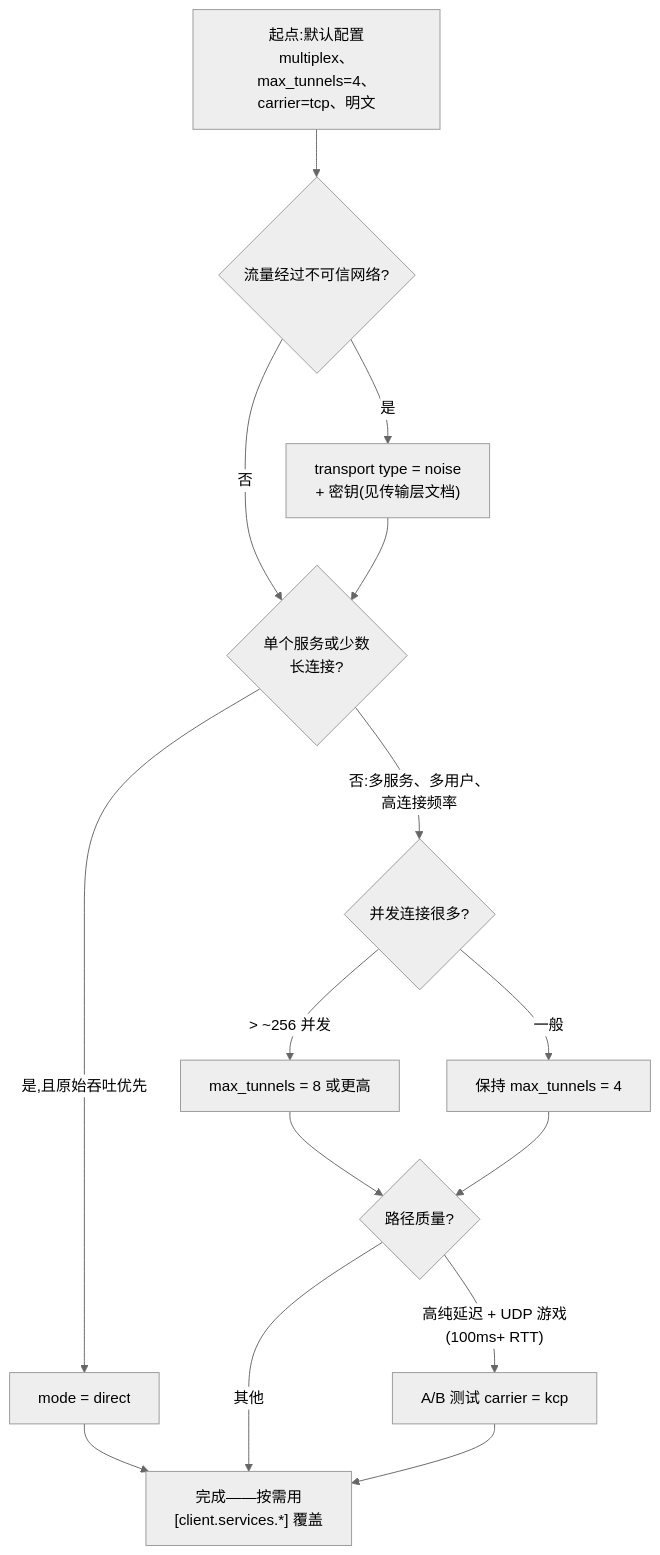
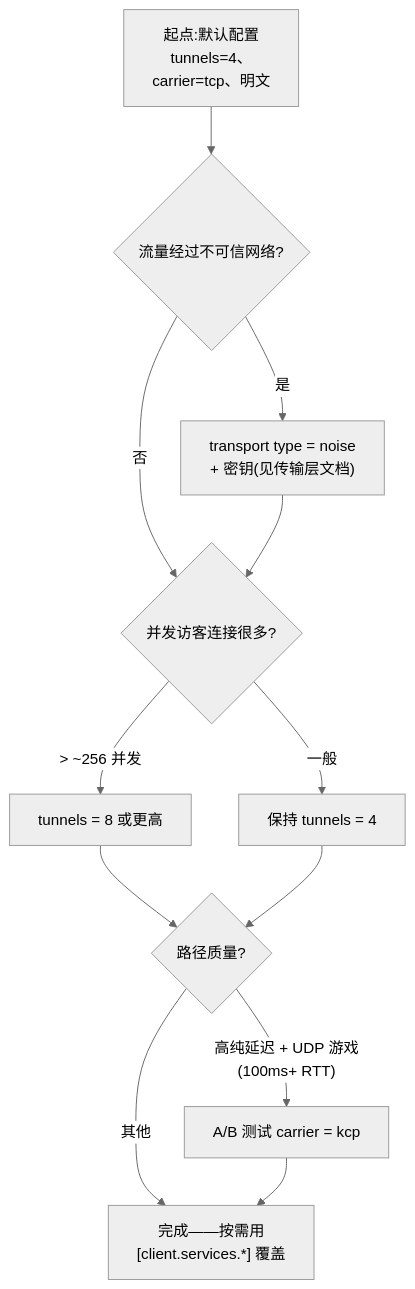
The diagram in docs/configuration.zh.md (NIyueeE/molehill), drawn with Mermaid (neutral theme) before and after one commit. The commit also changed other lines of this file and 42 other files, not shown here.

First line of the commit message:
feat(config)!: the pool is pinned, and a claim's flows spread over its members

````diff
--- a/docs/configuration.zh.md
+++ b/docs/configuration.zh.md
@@ -134,17 +152,14 @@
 ```mermaid
 flowchart TD
-    A["起点:默认配置<br/>multiplex、max_tunnels=4、<br/>carrier=tcp、明文"] --> B{"流量经过不可信网络?"}
+    A["起点:默认配置<br/>tunnels=4、<br/>carrier=tcp、明文"] --> B{"流量经过不可信网络?"}
     B -- 是 --> C["transport type = noise<br/>+ 密钥(见传输层文档)"]
-    B -- 否 --> D{"单个服务或少数<br/>长连接?"}
+    B -- 否 --> D{"并发访客连接很多?"}
     C --> D
-    D -- "是,且原始吞吐优先" --> E["mode = direct"]
-    D -- "否:多服务、多用户、<br/>高连接频率" --> F{"并发连接很多?"}
-    E --> Z["完成——按需用<br/>[client.services.*] 覆盖"]
-    F -- "> ~256 并发" --> G["max_tunnels = 8 或更高"]
-    F -- 一般 --> H["保持 max_tunnels = 4"]
+    D -- "> ~256 并发" --> G["tunnels = 8 或更高"]
+    D -- 一般 --> H["保持 tunnels = 4"]
     G --> I{"路径质量?"}
     H --> I
     I -- "高纯延迟 + UDP 游戏<br/>(100ms+ RTT)" --> J["A/B 测试 carrier = kcp"]
-    I -- 其他 --> Z
+    I -- 其他 --> Z["完成——按需用<br/>[client.services.*] 覆盖"]
     J --> Z
 ```
````
